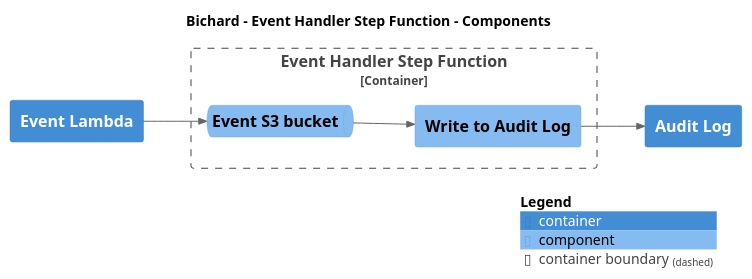
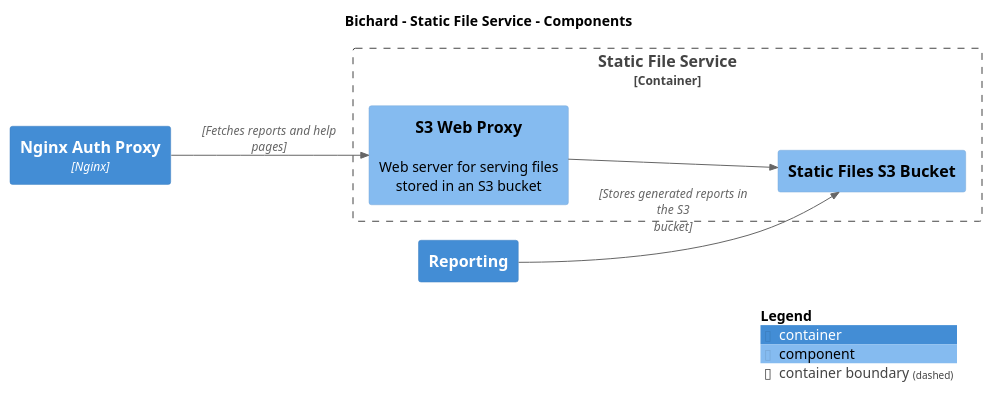
The diagram in main/puml/Component-005.puml (ministryofjustice/bichard7-next-core), drawn with PlantUML before and after one commit. The commit also changed 178 other files, not shown here.

Commit message:
Deploying to gh-pages from @ ministryofjustice/bichard7-next-core@47dd3b5fe5925b7e91188023200ad51396687899 🚀

```diff
--- a/main/puml/Component-005.puml
+++ b/main/puml/Component-005.puml
@@ -1,25 +1,25 @@
 @startuml
 set separator none
-title Bichard - Event Handler Step Function - Components
+title Bichard - Static File Service - Components
 
 left to right direction
 
 !include <C4/C4>
 !include <C4/C4_Context>
 !include <C4/C4_Container>
 !include <C4/C4_Component>
 
-Container(Bichard.EventLambda, "Event Lambda", $techn="", $descr="", $tags="", $link="")
-Container(Bichard.AuditLog, "Audit Log", $techn="", $descr="", $tags="", $link="")
+Container(Bichard.NginxAuthProxy, "Nginx Auth Proxy", $techn="Nginx", $descr="", $tags="", $link="")
+Container(Bichard.Reporting, "Reporting", $techn="", $descr="", $tags="", $link="")
 
-Container_Boundary("Bichard.EventHandlerStepFunction_boundary", "Event Handler Step Function", $tags="") {
-  ComponentQueue(Bichard.EventHandlerStepFunction.EventS3bucket, "Event S3 bucket", $techn="", $descr="", $tags="", $link="")
-  Component(Bichard.EventHandlerStepFunction.WritetoAuditLog, "Write to Audit Log", $techn="", $descr="", $tags="", $link="")
+Container_Boundary("Bichard.StaticFileService_boundary", "Static File Service", $tags="") {
+  Component(Bichard.StaticFileService.S3WebProxy, "S3 Web Proxy", $techn="", $descr="Web server for serving files stored in an S3 bucket", $tags="", $link="")
+  Component(Bichard.StaticFileService.StaticFilesS3Bucket, "Static Files S3 Bucket", $techn="", $descr="", $tags="", $link="")
 }
 
-Rel(Bichard.EventLambda, Bichard.EventHandlerStepFunction.EventS3bucket, "", $techn="", $tags="", $link="")
-Rel(Bichard.EventHandlerStepFunction.EventS3bucket, Bichard.EventHandlerStepFunction.WritetoAuditLog, "", $techn="", $tags="", $link="")
-Rel(Bichard.EventHandlerStepFunction.WritetoAuditLog, Bichard.AuditLog, "", $techn="", $tags="", $link="")
+Rel(Bichard.Reporting, Bichard.StaticFileService.StaticFilesS3Bucket, "", $techn="Stores generated reports in the S3 bucket", $tags="", $link="")
+Rel(Bichard.StaticFileService.S3WebProxy, Bichard.StaticFileService.StaticFilesS3Bucket, "", $techn="", $tags="", $link="")
+Rel(Bichard.NginxAuthProxy, Bichard.StaticFileService.S3WebProxy, "", $techn="Fetches reports and help pages", $tags="", $link="")
 
 SHOW_LEGEND(true)
 @enduml
```
